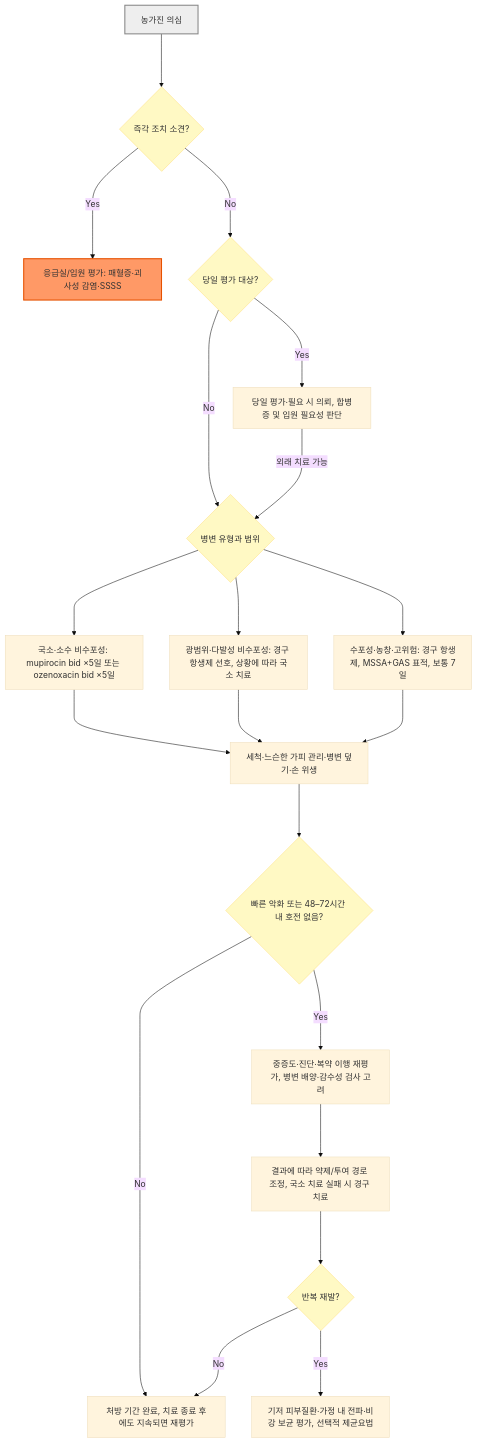
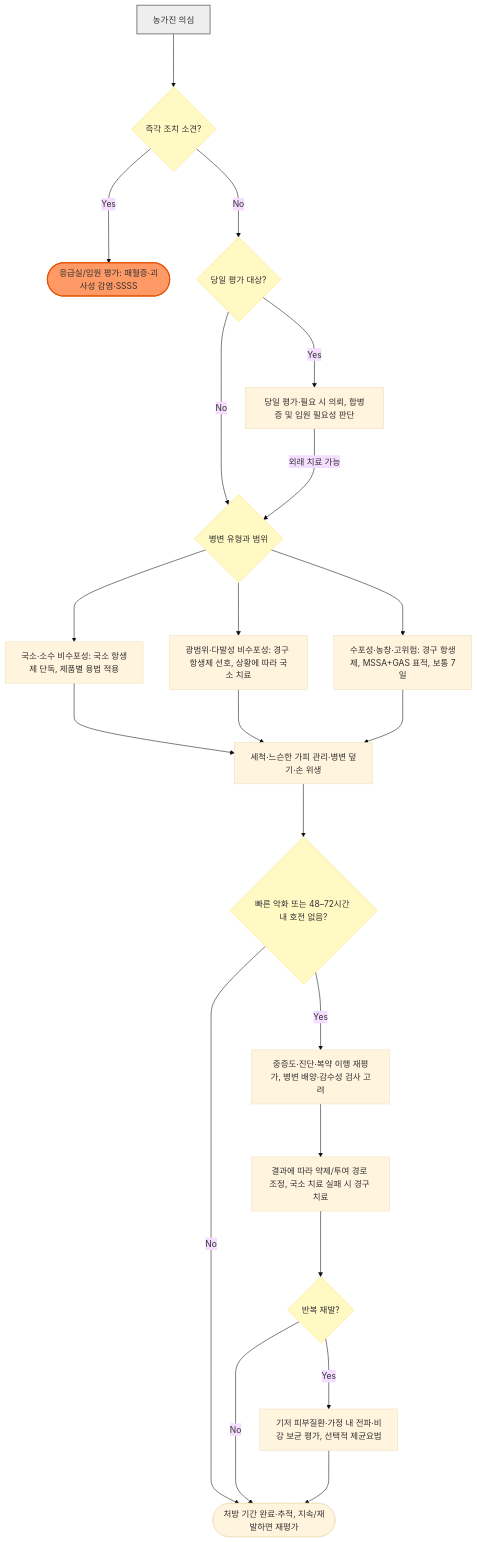
Before and after one commit to familyoh77/familyoh77: the diagram in 229_/166_-impetigo.md, drawn with Mermaid (base theme). The commit also changed other lines of this file and 20 other files, not shown here.

````diff
--- a/229_/166_-impetigo.md
+++ b/229_/166_-impetigo.md
@@ -123,30 +124,31 @@
 ```mermaid
 flowchart TD
     A["농가진 의심"] ---> B{"즉각 조치 소견?"}
-    B --->|Yes| C["응급실/입원 평가: 패혈증·괴사성 감염·SSSS"]
+    B --->|Yes| C(["응급실/입원 평가: 패혈증·괴사성 감염·SSSS"])
     B --->|No| D{"당일 평가 대상?"}
     D --->|Yes| E["당일 평가·필요 시 의뢰, 합병증 및 입원 필요성 판단"]
     D --->|No| F{"병변 유형과 범위"}
     E --->|외래 치료 가능| F
-    F ---> G["국소·소수 비수포성: mupirocin bid ×5일 또는 ozenoxacin bid ×5일"]
+    F ---> G["국소·소수 비수포성: 국소 항생제 단독, 제품별 용법 적용"]
     F ---> H["광범위·다발성 비수포성: 경구 항생제 선호, 상황에 따라 국소 치료"]
     F ---> I["수포성·농창·고위험: 경구 항생제, MSSA+GAS 표적, 보통 7일"]
     G ---> J["세척·느슨한 가피 관리·병변 덮기·손 위생"]
     H ---> J
     I ---> J
     J ---> K{"빠른 악화 또는 48–72시간 내 호전 없음?"}
-    K --->|No| L["처방 기간 완료, 치료 종료 후에도 지속되면 재평가"]
+    K --->|No| L(["처방 기간 완료·추적, 지속/재발하면 재평가"])
     K --->|Yes| M["중증도·진단·복약 이행 재평가, 병변 배양·감수성 검사 고려"]
     M ---> N["결과에 따라 약제/투여 경로 조정, 국소 치료 실패 시 경구 치료"]
     N ---> O{"반복 재발?"}
     O --->|Yes| P["기저 피부질환·가정 내 전파·비강 보균 평가, 선택적 제균요법"]
     O --->|No| L
+    P ---> L
 
     style A fill:#eeeeee,stroke:#888888,stroke-width:2px
     style B fill:#fff9c4,stroke:#ffe082
     style D fill:#fff9c4,stroke:#ffe082
     style F fill:#fff9c4,stroke:#ffe082
     style K fill:#fff9c4,stroke:#ffe082
     style O fill:#fff9c4,stroke:#ffe082
     style C fill:#f96,stroke:#e65100,stroke-width:2px
 ```
````
